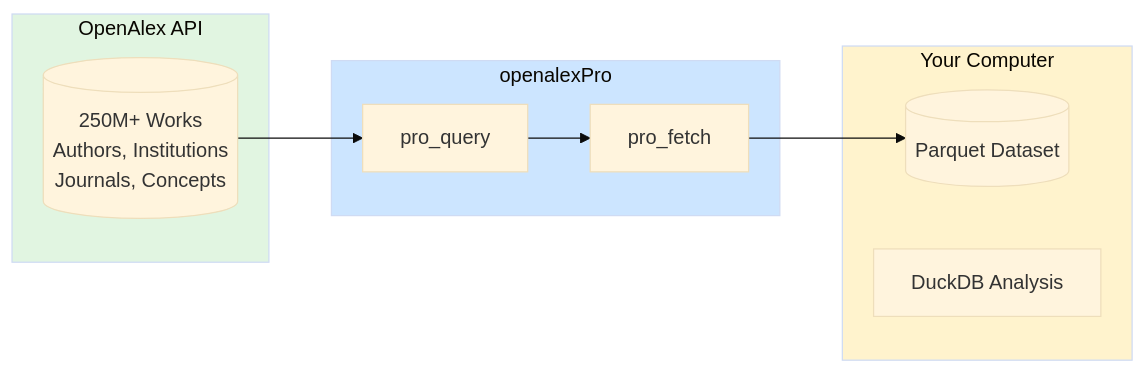
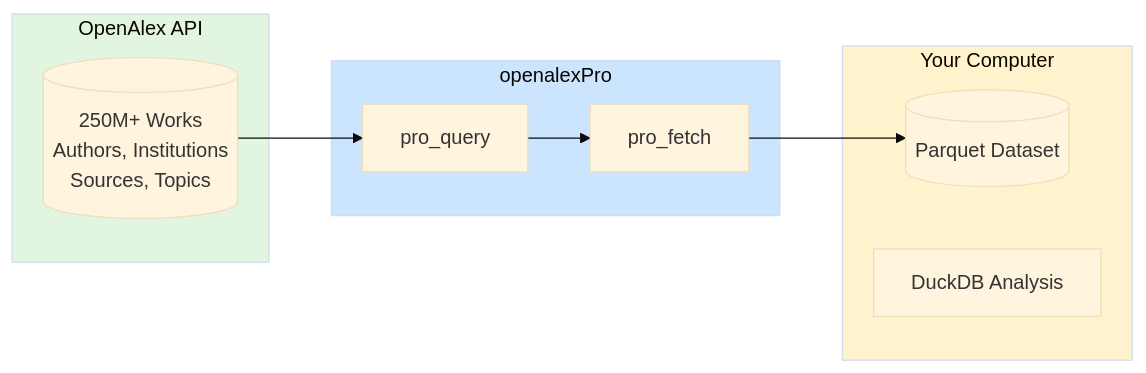
The first of 2 diagrams in vignettes/Quick_Start.qmd (openalexPro/openalexPro), drawn with Mermaid (base theme) before and after one commit. The commit also changed other lines of this file and 105 other files, not shown here.

````diff
--- a/vignettes/Quick_Start.qmd
+++ b/vignettes/Quick_Start.qmd
@@ -30,25 +30,25 @@
 ```{mermaid}
 flowchart LR
     subgraph OpenAlex[OpenAlex API]
-        API[(250M+ Works<br/>Authors, Institutions<br/>Journals, Concepts)]
+        API[(250M+ Works<br/>Authors, Institutions<br/>Sources, Topics)]
     end
 
     subgraph openalexPro[openalexPro]
         Query[pro_query]
         Fetch[pro_fetch]
     end
 
     subgraph Local[Your Computer]
         Parquet[(Parquet Dataset)]
         DuckDB[DuckDB Analysis]
     end
 
     API --> Query
     Query --> Fetch
     Fetch --> Parquet
     %% Parquet --> DuckDB
 
     style OpenAlex fill:#e1f5e1
     style openalexPro fill:#cce5ff
     style Local fill:#fff3cd
 ```
````
